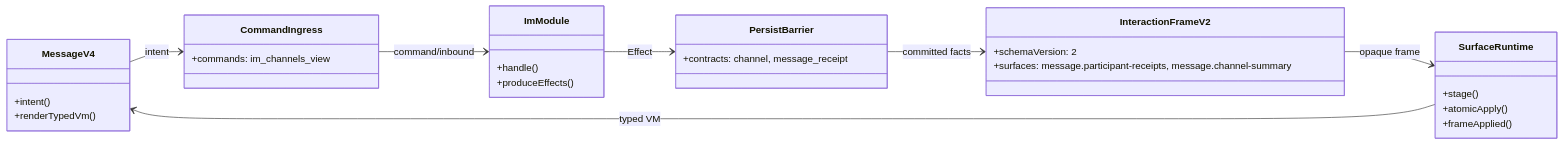
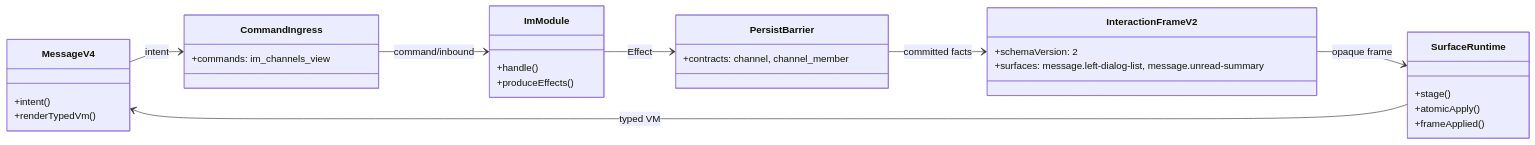
The diagram in docs/interaction-frame-v2-全量替换-按UC/G13/01-当前类图.mmd (zxs1633079383/helix), drawn with Mermaid before and after one commit. The commit also changed 44 other files, not shown here.

```diff
--- a/docs/interaction-frame-v2-全量替换-按UC/G13/01-当前类图.mmd
+++ b/docs/interaction-frame-v2-全量替换-按UC/G13/01-当前类图.mmd
@@ -1,33 +1,33 @@
 classDiagram
 direction LR
 
 class MessageV4 {
   +intent()
   +renderTypedVm()
 }
 class CommandIngress {
   +commands: im_channels_view
 }
 class ImModule {
   +handle()
   +produceEffects()
 }
 class PersistBarrier {
-  +contracts: channel, message_receipt
+  +contracts: channel, channel_member
 }
 class InteractionFrameV2 {
   +schemaVersion: 2
-  +surfaces: message.participant-receipts, message.channel-summary
+  +surfaces: message.left-dialog-list, message.unread-summary
 }
 class SurfaceRuntime {
   +stage()
   +atomicApply()
   +frameApplied()
 }
 
 MessageV4 --> CommandIngress : intent
 CommandIngress --> ImModule : command/inbound
 ImModule --> PersistBarrier : Effect
 PersistBarrier --> InteractionFrameV2 : committed facts
 InteractionFrameV2 --> SurfaceRuntime : opaque frame
 SurfaceRuntime --> MessageV4 : typed VM
```
